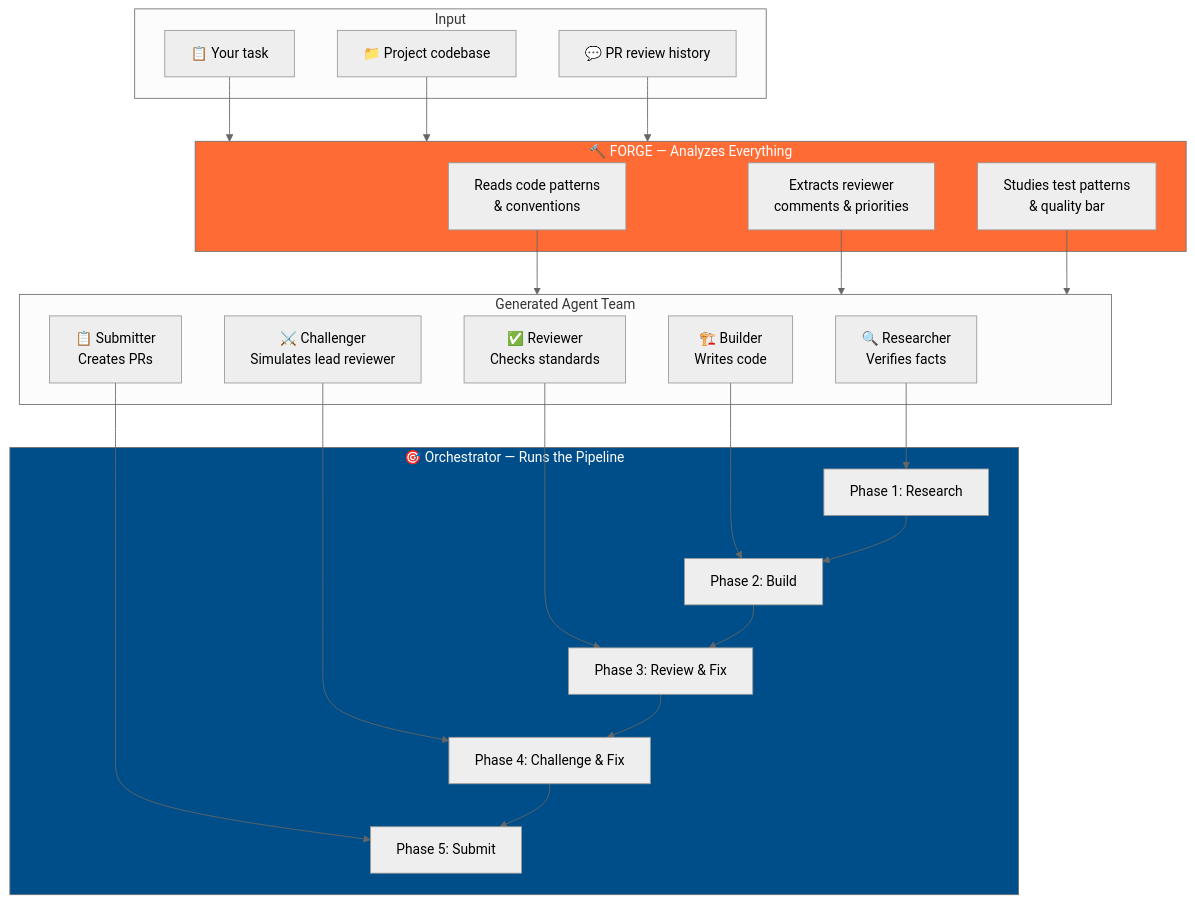
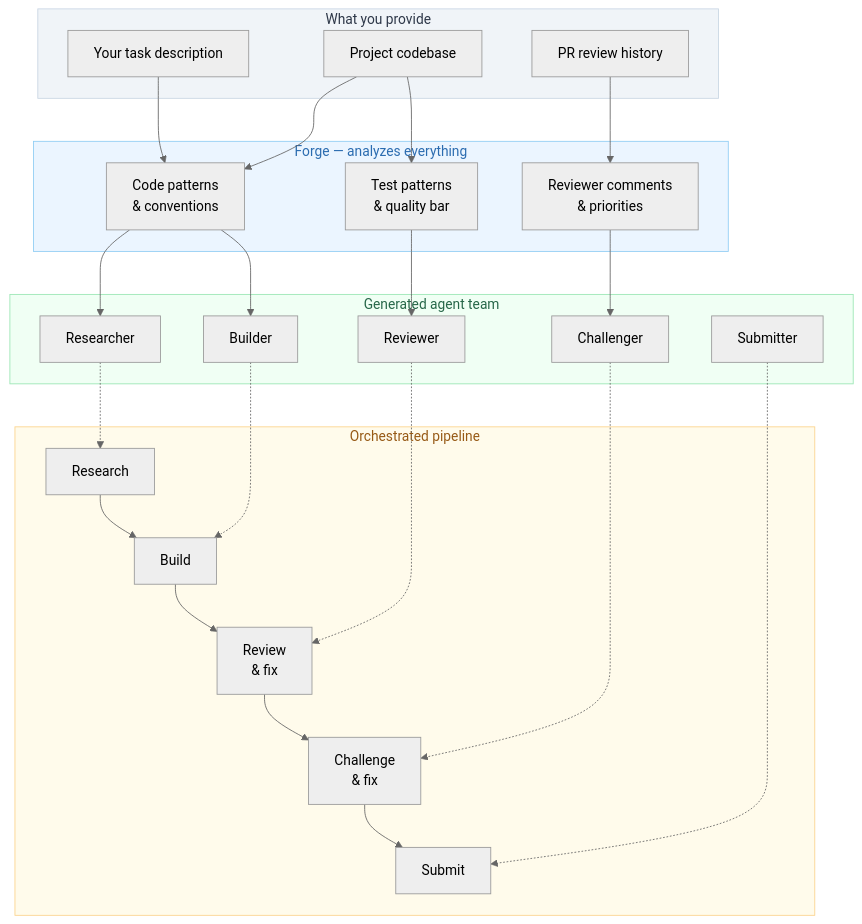
One commit to pablocaeg/claude-forge changed the first of 3 diagrams in README.md. Above: the diagram before and after it, drawn with Mermaid (neutral theme). The commit also changed other lines of this file, not shown here.

Commit message:
Clean up diagrams: consistent colors, remove emojis, professional styling

````diff
--- a/README.md
+++ b/README.md
@@ -13,42 +13,46 @@
 ```mermaid
 graph TD
-    subgraph Input
-        A["📋 Your task"]
-        B["📁 Project codebase"]
-        C["💬 PR review history"]
+    subgraph input [" What you provide "]
+        A["Your task description"]
+        B["Project codebase"]
+        C["PR review history"]
     end
 
-    subgraph Forge ["🔨 FORGE — Analyzes Everything"]
-        D["Reads code patterns\n& conventions"]
-        E["Extracts reviewer\ncomments & priorities"]
-        F["Studies test patterns\n& quality bar"]
+    subgraph forge [" Forge — analyzes everything "]
+        D["Code patterns\n& conventions"]
+        E["Reviewer comments\n& priorities"]
+        F["Test patterns\n& quality bar"]
     end
 
-    subgraph Team ["Generated Agent Team"]
-        G["🔍 Researcher\nVerifies facts"]
-        H["🏗️ Builder\nWrites code"]
-        I["✅ Reviewer\nChecks standards"]
-        J["⚔️ Challenger\nSimulates lead reviewer"]
-        K["📋 Submitter\nCreates PRs"]
+    subgraph agents [" Generated agent team "]
+        G["Researcher"]
+        H["Builder"]
+        I["Reviewer"]
+        J["Challenger"]
+        K["Submitter"]
     end
 
-    subgraph Pipeline ["🎯 Orchestrator — Runs the Pipeline"]
-        L["Phase 1: Research"]
-        M["Phase 2: Build"]
-        N["Phase 3: Review & Fix"]
-        O["Phase 4: Challenge & Fix"]
-        P["Phase 5: Submit"]
+    subgraph pipeline [" Orchestrated pipeline "]
+        L["Research"] --> M["Build"] --> N["Review\n& fix"] --> O["Challenge\n& fix"] --> P["Submit"]
     end
 
-    A & B & C --> Forge
-    D & E & F --> Team
-    G --> L
-    H --> M
-    I --> N
-    J --> O
-    K --> P
-    L --> M --> N --> O --> P
+    A --> D
+    B --> D
+    B --> F
+    C --> E
 
-    style Forge fill:#ff6b35,color:#fff
-    style Pipeline fill:#004e89,color:#fff
+    D --> G & H
+    E --> J
+    F --> I
+
+    G -.-> L
+    H -.-> M
+    I -.-> N
+    J -.-> O
+    K -.-> P
+
+    style input fill:#f0f4f8,stroke:#c9d6e3,color:#2d3748
+    style forge fill:#ebf5ff,stroke:#90cdf4,color:#2b6cb0
+    style agents fill:#f0fff4,stroke:#9ae6b4,color:#276749
+    style pipeline fill:#fffbeb,stroke:#fbd38d,color:#975a16
 ```
````
